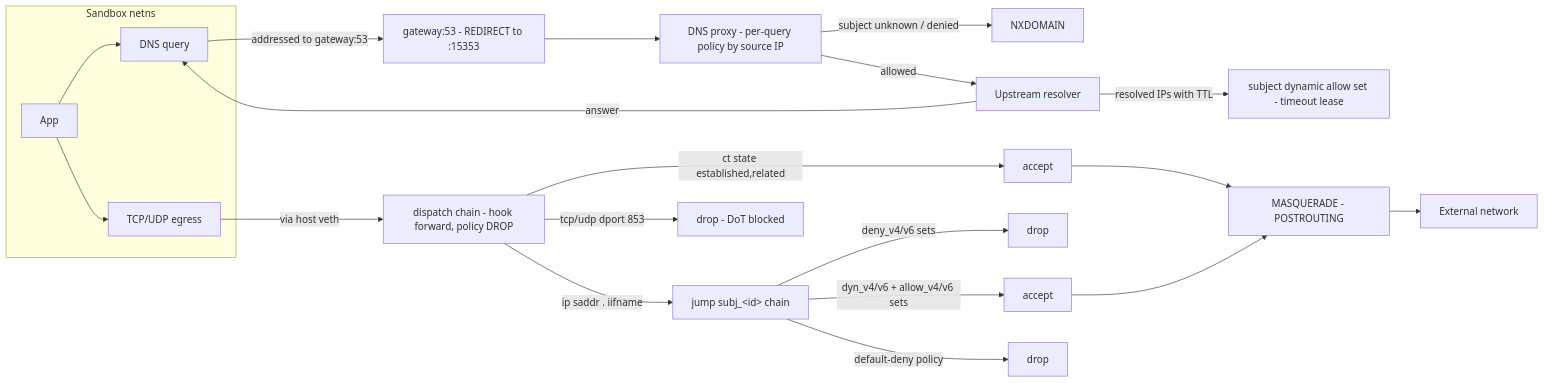
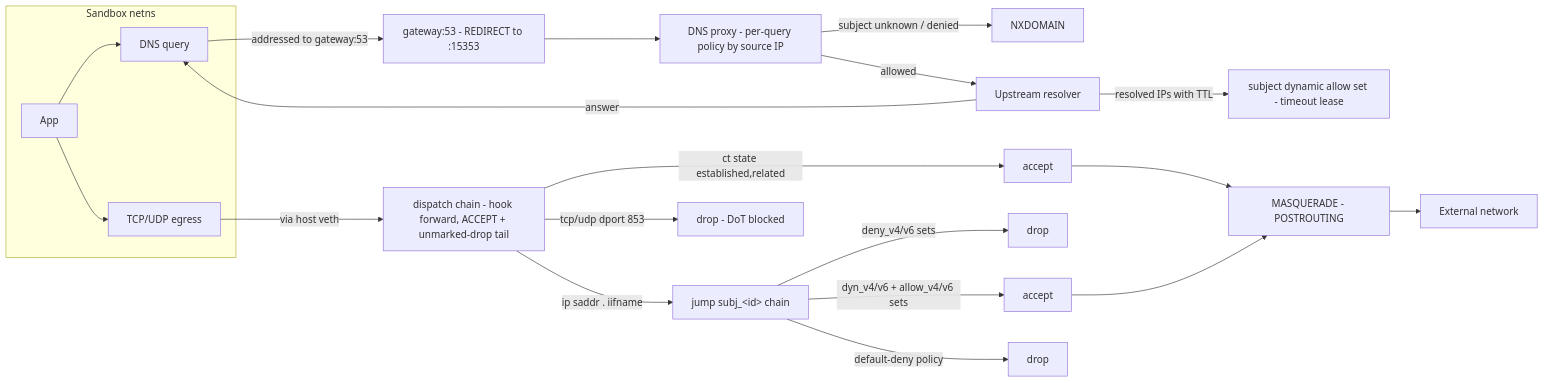
Before and after one commit to Pangjiping/OpenSandbox: the third of 4 diagrams in components/egress/docs/policy-traffic-vault-flow.md, drawn with Mermaid. The commit also changed other lines of this file and 4 other files, not shown here.

````diff
--- a/components/egress/docs/policy-traffic-vault-flow.md
+++ b/components/egress/docs/policy-traffic-vault-flow.md
@@ -101,27 +108,27 @@
 ```mermaid
 flowchart LR
     subgraph SANDBOX[Sandbox netns]
         APP[App] --> DNSQ[DNS query]
         APP --> TCP[TCP/UDP egress]
     end
 
     DNSQ -->|addressed to gateway:53| GW[gateway:53 - REDIRECT to :15353]
     GW --> DP[DNS proxy - per-query policy by source IP]
     DP -->|subject unknown / denied| NX[NXDOMAIN]
     DP -->|allowed| UP[Upstream resolver]
     UP -->|answer| DNSQ
     UP -->|resolved IPs with TTL| DYN[subject dynamic allow set - timeout lease]
 
-    TCP -->|via host veth| DISPATCH[dispatch chain - hook forward, policy DROP]
+    TCP -->|via host veth| DISPATCH[dispatch chain - hook forward, ACCEPT + unmarked-drop tail]
     DISPATCH -->|ct state established,related| ACC1[accept]
     DISPATCH -->|tcp/udp dport 853| DROP1[drop - DoT blocked]
     DISPATCH -->|ip saddr . iifname| JUMP[jump subj_&lt;id&gt; chain]
 
     JUMP -->|deny_v4/v6 sets| DROP2[drop]
     JUMP -->|dyn_v4/v6 + allow_v4/v6 sets| ACC2[accept]
     JUMP -->|default-deny policy| DROP3[drop]
 
     ACC1 --> MASQ[MASQUERADE - POSTROUTING]
     ACC2 --> MASQ
     MASQ --> EXT[External network]
 ```
````
